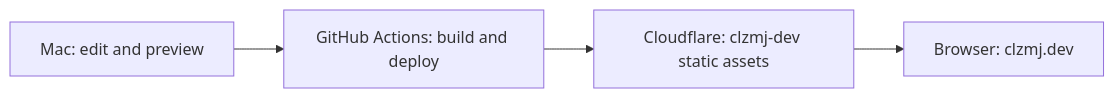
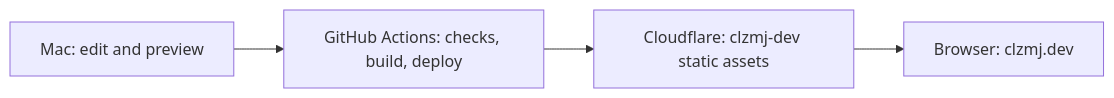
One commit to clzmj/clzmj.dev changed the diagram in README.md. Above: the diagram before and after it, drawn with Mermaid. The commit also changed other lines of this file and 9 other files, not shown here.

````diff
--- a/README.md
+++ b/README.md
@@ -5,5 +5,5 @@
 ```mermaid
 flowchart LR
-  M["Mac: edit and preview"] --> G["GitHub Actions: build and deploy"]
+  M["Mac: edit and preview"] --> G["GitHub Actions: checks, build, deploy"]
   G --> C["Cloudflare: clzmj-dev static assets"] --> B["Browser: clzmj.dev"]
 ```
````
